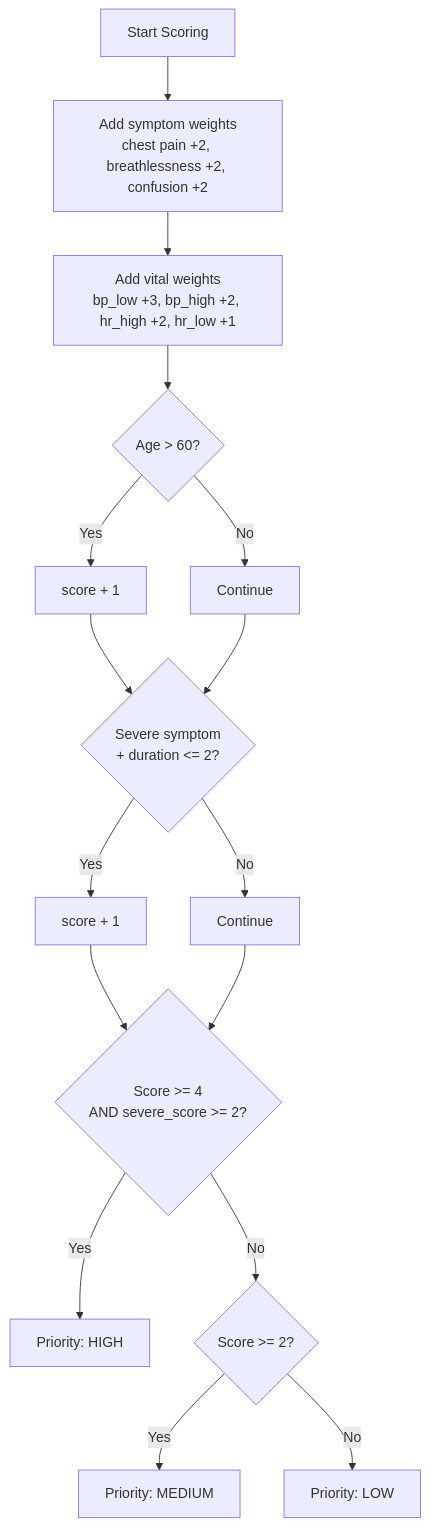
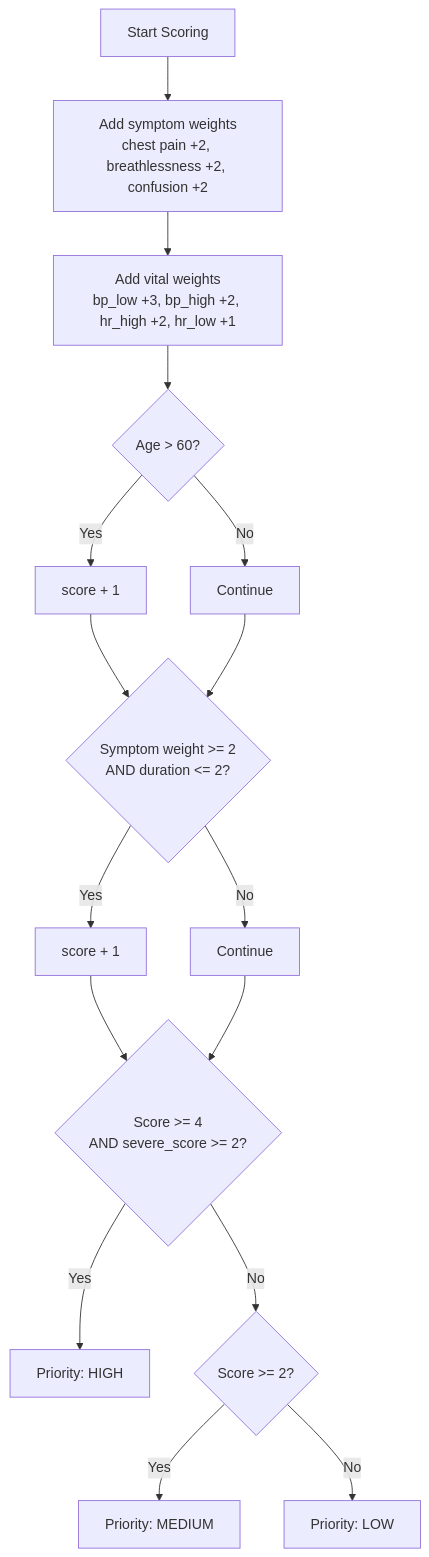
One commit to AyusmanNanda/patient-router changed the third of 6 diagrams in docs/architecture.md. Above: the diagram before and after it, drawn with Mermaid. The commit also changed other lines of this file, not shown here.

````diff
--- a/docs/architecture.md
+++ b/docs/architecture.md
@@ -105,18 +138,18 @@
 ```mermaid
 flowchart TD
     A[Start Scoring] --> B[Add symptom weights\nchest pain +2, breathlessness +2, confusion +2]
     B --> C[Add vital weights\nbp_low +3, bp_high +2, hr_high +2, hr_low +1]
     C --> D{Age > 60?}
     D -- Yes --> E[score + 1]
     D -- No --> F[Continue]
-    E --> G{Severe symptom\n+ duration <= 2?}
+    E --> G{Symptom weight >= 2\nAND duration <= 2?}
     F --> G
     G -- Yes --> H[score + 1]
     G -- No --> I[Continue]
     H --> J{Score >= 4\nAND severe_score >= 2?}
     I --> J
     J -- Yes --> K[Priority: HIGH]
     J -- No --> L{Score >= 2?}
     L -- Yes --> M[Priority: MEDIUM]
     L -- No --> N[Priority: LOW]
 ```
````
